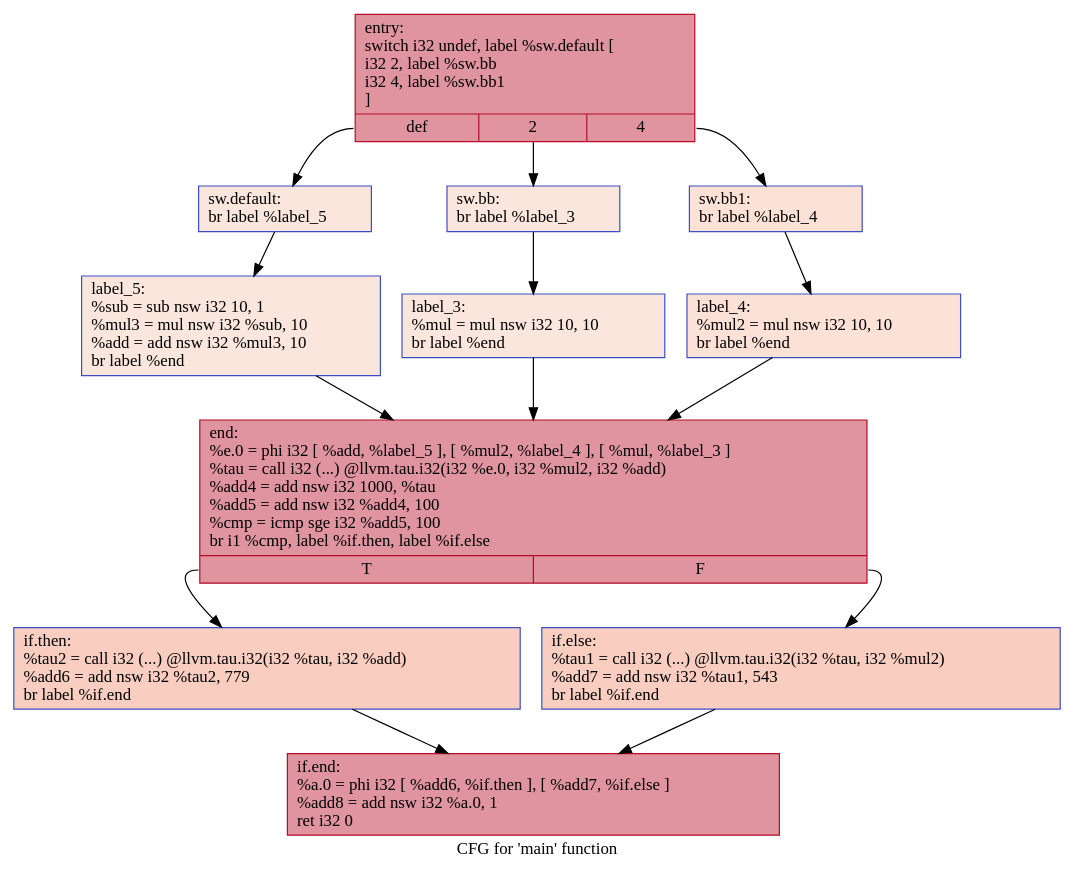
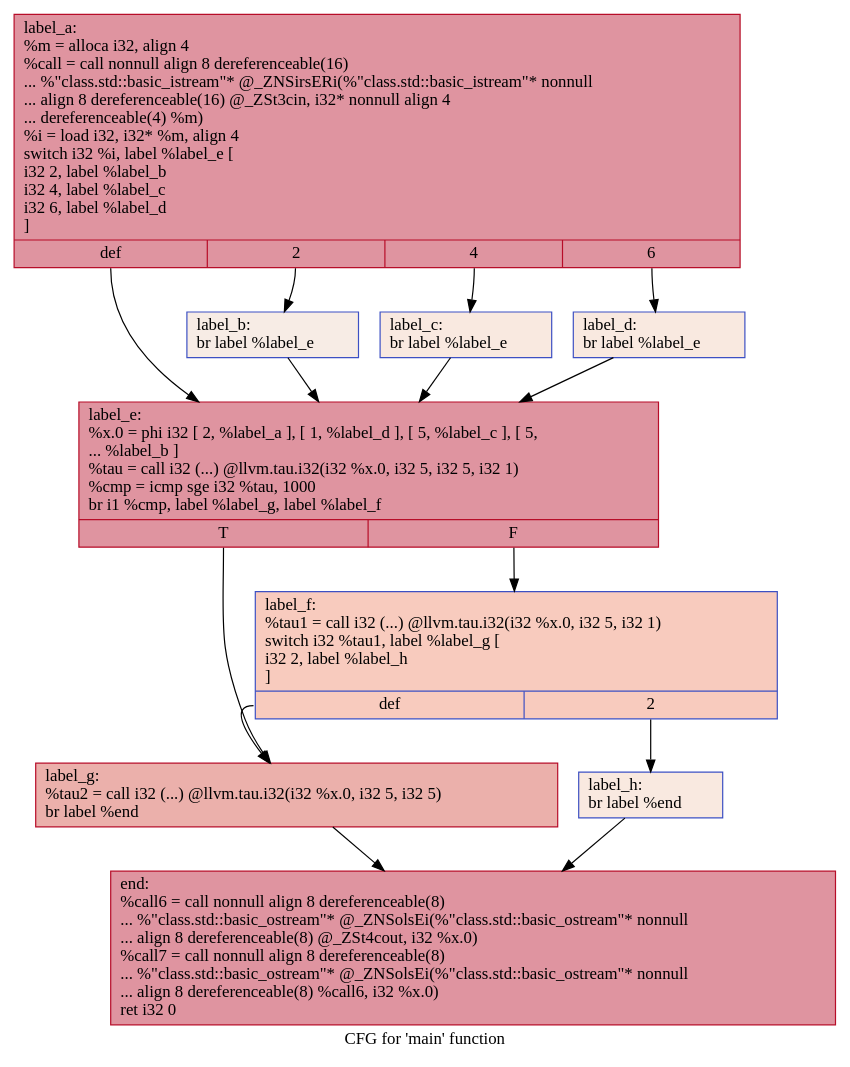
Before and after one commit to HPSSA-LLVM/HPSSA-LLVM: the diagram in IR/cfg/afterHPSSA.dot, drawn with Graphviz. The commit also changed 26 other files, not shown here.

```diff
--- a/IR/cfg/afterHPSSA.dot
+++ b/IR/cfg/afterHPSSA.dot
@@ -1,28 +1,26 @@
 digraph "CFG for 'main' function" {
 	label="CFG for 'main' function";
 
-	Node0x5593e260f9d0 [shape=record,color="#b70d28ff", style=filled, fillcolor="#b70d2870",label="{entry:\l  switch i32 undef, label %sw.default [\l    i32 2, label %sw.bb\l    i32 4, label %sw.bb1\l  ]\l|{<s0>def|<s1>2|<s2>4}}"];
-	Node0x5593e260f9d0:s0 -> Node0x5593e260ff30;
-	Node0x5593e260f9d0:s1 -> Node0x5593e260ffb0;
-	Node0x5593e260f9d0:s2 -> Node0x5593e2610050;
-	Node0x5593e260ffb0 [shape=record,color="#3d50c3ff", style=filled, fillcolor="#f3c7b170",label="{sw.bb:                                            \l  br label %label_3\l}"];
-	Node0x5593e260ffb0 -> Node0x5593e26101e0;
-	Node0x5593e2610050 [shape=record,color="#3d50c3ff", style=filled, fillcolor="#f7bca170",label="{sw.bb1:                                           \l  br label %label_4\l}"];
-	Node0x5593e2610050 -> Node0x5593e26102c0;
-	Node0x5593e260ff30 [shape=record,color="#3d50c3ff", style=filled, fillcolor="#f3c7b170",label="{sw.default:                                       \l  br label %label_5\l}"];
-	Node0x5593e260ff30 -> Node0x5593e26103a0;
-	Node0x5593e26101e0 [shape=record,color="#3d50c3ff", style=filled, fillcolor="#f3c7b170",label="{label_3:                                          \l  %mul = mul nsw i32 10, 10\l  br label %end\l}"];
-	Node0x5593e26101e0 -> Node0x5593e2610560;
-	Node0x5593e26102c0 [shape=record,color="#3d50c3ff", style=filled, fillcolor="#f7bca170",label="{label_4:                                          \l  %mul2 = mul nsw i32 10, 10\l  br label %end\l}"];
-	Node0x5593e26102c0 -> Node0x5593e2610560;
-	Node0x5593e26103a0 [shape=record,color="#3d50c3ff", style=filled, fillcolor="#f3c7b170",label="{label_5:                                          \l  %sub = sub nsw i32 10, 1\l  %mul3 = mul nsw i32 %sub, 10\l  %add = add nsw i32 %mul3, 10\l  br label %end\l}"];
-	Node0x5593e26103a0 -> Node0x5593e2610560;
-	Node0x5593e2610560 [shape=record,color="#b70d28ff", style=filled, fillcolor="#b70d2870",label="{end:                                              \l  %e.0 = phi i32 [ %add, %label_5 ], [ %mul2, %label_4 ], [ %mul, %label_3 ]\l  %tau = call i32 (...) @llvm.tau.i32(i32 %e.0, i32 %mul2, i32 %add)\l  %add4 = add nsw i32 1000, %tau\l  %add5 = add nsw i32 %add4, 100\l  %cmp = icmp sge i32 %add5, 100\l  br i1 %cmp, label %if.then, label %if.else\l|{<s0>T|<s1>F}}"];
-	Node0x5593e2610560:s0 -> Node0x5593e2611040;
-	Node0x5593e2610560:s1 -> Node0x5593e26110b0;
-	Node0x5593e2611040 [shape=record,color="#3d50c3ff", style=filled, fillcolor="#f2907270",label="{if.then:                                          \l  %tau2 = call i32 (...) @llvm.tau.i32(i32 %tau, i32 %add)\l  %add6 = add nsw i32 %tau2, 779\l  br label %if.end\l}"];
-	Node0x5593e2611040 -> Node0x5593e26113e0;
-	Node0x5593e26110b0 [shape=record,color="#3d50c3ff", style=filled, fillcolor="#f2907270",label="{if.else:                                          \l  %tau1 = call i32 (...) @llvm.tau.i32(i32 %tau, i32 %mul2)\l  %add7 = add nsw i32 %tau1, 543\l  br label %if.end\l}"];
-	Node0x5593e26110b0 -> Node0x5593e26113e0;
-	Node0x5593e26113e0 [shape=record,color="#b70d28ff", style=filled, fillcolor="#b70d2870",label="{if.end:                                           \l  %a.0 = phi i32 [ %add6, %if.then ], [ %add7, %if.else ]\l  %add8 = add nsw i32 %a.0, 1\l  ret i32 0\l}"];
+	Node0x55e11deb5f50 [shape=record,color="#b70d28ff", style=filled, fillcolor="#b70d2870",label="{label_a:\l  %m = alloca i32, align 4\l  %call = call nonnull align 8 dereferenceable(16)\l... %\"class.std::basic_istream\"* @_ZNSirsERi(%\"class.std::basic_istream\"* nonnull\l... align 8 dereferenceable(16) @_ZSt3cin, i32* nonnull align 4\l... dereferenceable(4) %m)\l  %i = load i32, i32* %m, align 4\l  switch i32 %i, label %label_e [\l    i32 2, label %label_b\l    i32 4, label %label_c\l    i32 6, label %label_d\l  ]\l|{<s0>def|<s1>2|<s2>4|<s3>6}}"];
+	Node0x55e11deb5f50:s0 -> Node0x55e11deb6390;
+	Node0x55e11deb5f50:s1 -> Node0x55e11deb6490;
+	Node0x55e11deb5f50:s2 -> Node0x55e11deb6590;
+	Node0x55e11deb5f50:s3 -> Node0x55e11deb6690;
+	Node0x55e11deb6490 [shape=record,color="#3d50c3ff", style=filled, fillcolor="#ecd3c570",label="{label_b:                                          \l  br label %label_e\l}"];
+	Node0x55e11deb6490 -> Node0x55e11deb6390;
+	Node0x55e11deb6590 [shape=record,color="#3d50c3ff", style=filled, fillcolor="#f1ccb870",label="{label_c:                                          \l  br label %label_e\l}"];
+	Node0x55e11deb6590 -> Node0x55e11deb6390;
+	Node0x55e11deb6690 [shape=record,color="#3d50c3ff", style=filled, fillcolor="#f1ccb870",label="{label_d:                                          \l  br label %label_e\l}"];
+	Node0x55e11deb6690 -> Node0x55e11deb6390;
+	Node0x55e11deb6390 [shape=record,color="#b70d28ff", style=filled, fillcolor="#b70d2870",label="{label_e:                                          \l  %x.0 = phi i32 [ 2, %label_a ], [ 1, %label_d ], [ 5, %label_c ], [ 5,\l... %label_b ]\l  %tau = call i32 (...) @llvm.tau.i32(i32 %x.0, i32 5, i32 5, i32 1)\l  %cmp = icmp sge i32 %tau, 1000\l  br i1 %cmp, label %label_g, label %label_f\l|{<s0>T|<s1>F}}"];
+	Node0x55e11deb6390:s0 -> Node0x55e11deb6d60;
+	Node0x55e11deb6390:s1 -> Node0x55e11deb6dd0;
+	Node0x55e11deb6dd0 [shape=record,color="#3d50c3ff", style=filled, fillcolor="#ef886b70",label="{label_f:                                          \l  %tau1 = call i32 (...) @llvm.tau.i32(i32 %x.0, i32 5, i32 1)\l  switch i32 %tau1, label %label_g [\l    i32 2, label %label_h\l  ]\l|{<s0>def|<s1>2}}"];
+	Node0x55e11deb6dd0:s0 -> Node0x55e11deb6d60;
+	Node0x55e11deb6dd0:s1 -> Node0x55e11deb7100;
+	Node0x55e11deb6d60 [shape=record,color="#b70d28ff", style=filled, fillcolor="#d24b4070",label="{label_g:                                          \l  %tau2 = call i32 (...) @llvm.tau.i32(i32 %x.0, i32 5, i32 5)\l  br label %end\l}"];
+	Node0x55e11deb6d60 -> Node0x55e11deb72c0;
+	Node0x55e11deb7100 [shape=record,color="#3d50c3ff", style=filled, fillcolor="#f1ccb870",label="{label_h:                                          \l  br label %end\l}"];
+	Node0x55e11deb7100 -> Node0x55e11deb72c0;
+	Node0x55e11deb72c0 [shape=record,color="#b70d28ff", style=filled, fillcolor="#b70d2870",label="{end:                                              \l  %call6 = call nonnull align 8 dereferenceable(8)\l... %\"class.std::basic_ostream\"* @_ZNSolsEi(%\"class.std::basic_ostream\"* nonnull\l... align 8 dereferenceable(8) @_ZSt4cout, i32 %x.0)\l  %call7 = call nonnull align 8 dereferenceable(8)\l... %\"class.std::basic_ostream\"* @_ZNSolsEi(%\"class.std::basic_ostream\"* nonnull\l... align 8 dereferenceable(8) %call6, i32 %x.0)\l  ret i32 0\l}"];
 }
```
